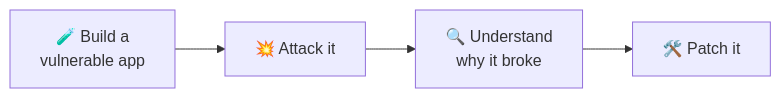
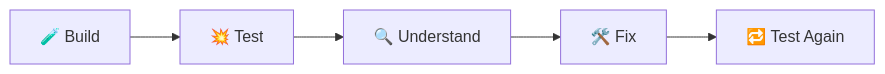
Before and after one commit to neerajsait/neerajsait: the fourth of 5 diagrams in README.md, drawn with Mermaid. The commit also changed other lines of this file, not shown here.

````diff
--- a/README.md
+++ b/README.md
@@ -127,4 +189,7 @@
 ```mermaid
 flowchart LR
-    A["🧪 Build a<br/>vulnerable app"] --> B["💥 Attack it"] --> C["🔍 Understand<br/>why it broke"] --> D["🛠️ Patch it"]
+    A["🧪 Build"] --> B["💥 Test"]
+    B --> C["🔍 Understand"]
+    C --> D["🛠️ Fix"]
+    D --> E["🔁 Test Again"]
 ```
````
